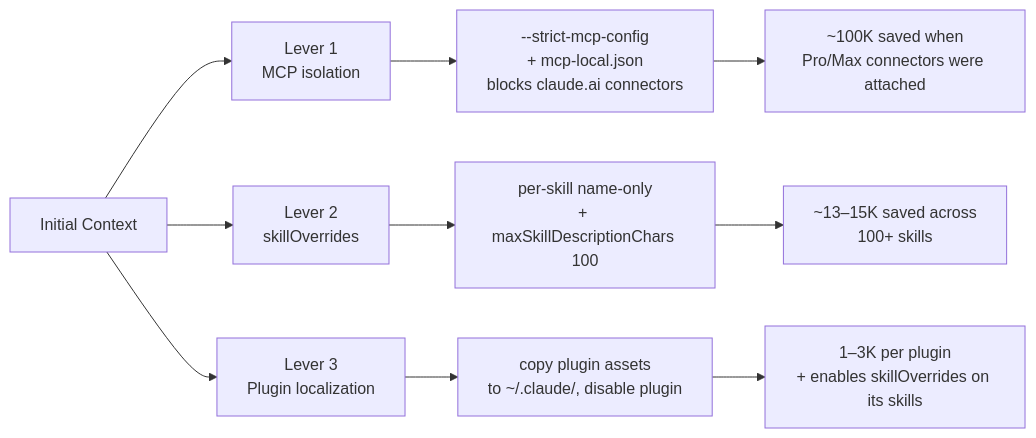
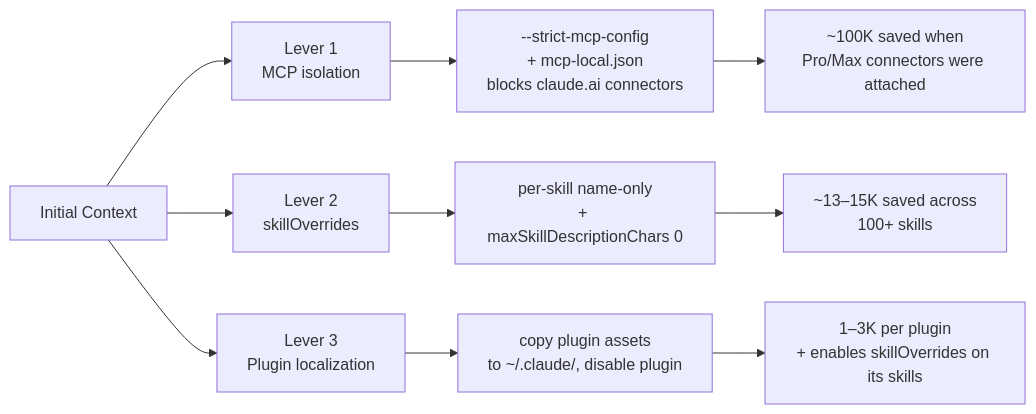
Before and after one commit to laststance/laststance.io: the second of 6 diagrams in src/app/articles/Cutting-Claude-Code-Initial-Context-Bloat/content.mdx, drawn with Mermaid. The commit also changed other lines of this file, not shown here.

First line of the commit message:
docs(articles): bump maxSkillDescriptionChars from 100 to 0

````diff
--- a/src/app/articles/Cutting-Claude-Code-Initial-Context-Bloat/content.mdx
+++ b/src/app/articles/Cutting-Claude-Code-Initial-Context-Bloat/content.mdx
@@ -84,14 +84,14 @@
 ```mermaid
 flowchart LR
     A[Initial Context] --> L1[Lever 1<br/>MCP isolation]
     A --> L2[Lever 2<br/>skillOverrides]
     A --> L3[Lever 3<br/>Plugin localization]
 
     L1 --> R1[--strict-mcp-config<br/>+ mcp-local.json<br/>blocks claude.ai connectors]
-    L2 --> R2[per-skill name-only<br/>+ maxSkillDescriptionChars 100]
+    L2 --> R2[per-skill name-only<br/>+ maxSkillDescriptionChars 0]
     L3 --> R3[copy plugin assets<br/>to ~/.claude/, disable plugin]
 
     R1 --> Saved1[~100K saved when<br/>Pro/Max connectors were attached]
     R2 --> Saved2[~13–15K saved across<br/>100+ skills]
     R3 --> Saved3[1–3K per plugin<br/>+ enables skillOverrides on its skills]
 ```
````
